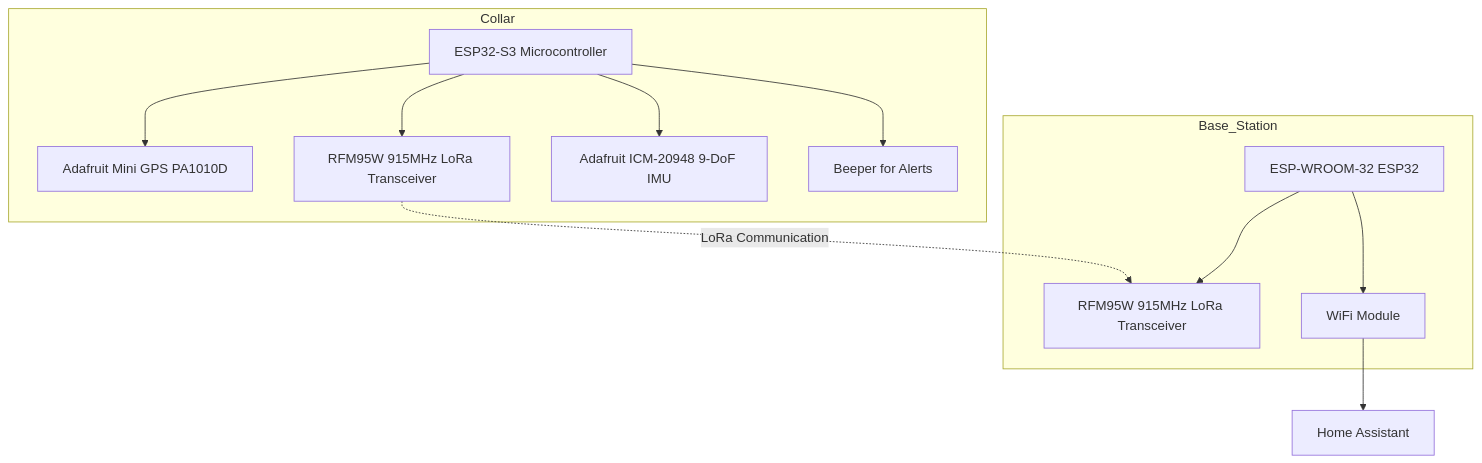
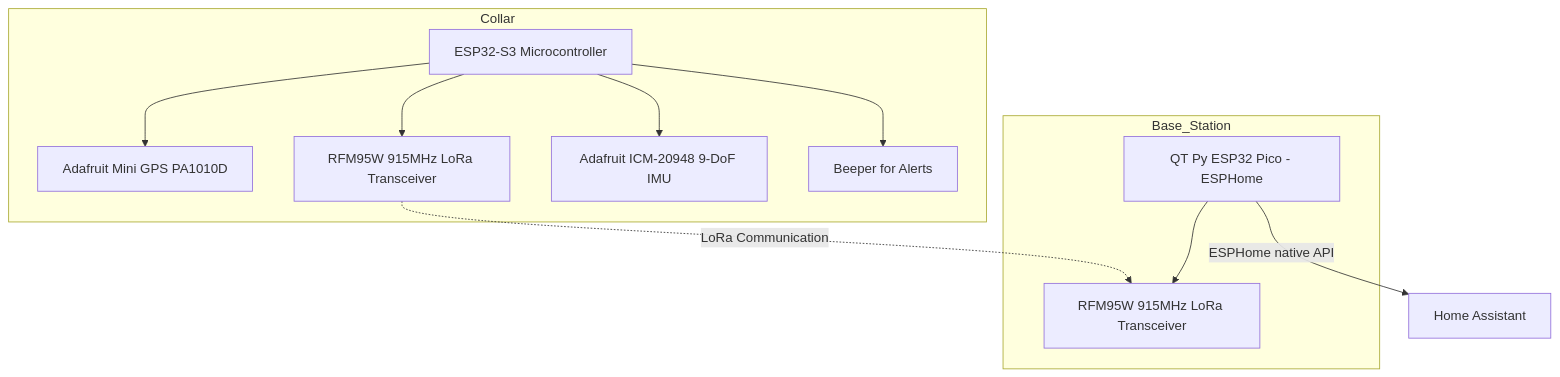
The first of 2 diagrams in README.md (mmorys/uncollar), drawn with Mermaid before and after one commit. The commit also changed other lines of this file and 1 other file, not shown here.

First line of the commit message:
docs: update READMEs to reflect active basestation and ESPHome stack

````diff
--- a/README.md
+++ b/README.md
@@ -63,23 +63,21 @@
 ```mermaid
 graph TD
     subgraph Collar
         A[ESP32-S3 Microcontroller]
         B[Adafruit Mini GPS PA1010D]
         C[RFM95W 915MHz LoRa Transceiver]
         D[Adafruit ICM-20948 9-DoF IMU]
         E[Beeper for Alerts]
         A --> B
         A --> C
         A --> D
         A --> E
     end
     subgraph Base_Station
-        F[ESP-WROOM-32 ESP32]
+        F[QT Py ESP32 Pico - ESPHome]
         G[RFM95W 915MHz LoRa Transceiver]
-        H[WiFi Module]
         F --> G
-        F --> H
     end
     C -.->|LoRa Communication| G
-    H --> I[Home Assistant]
+    F -->|ESPHome native API| I[Home Assistant]
 ```
````
